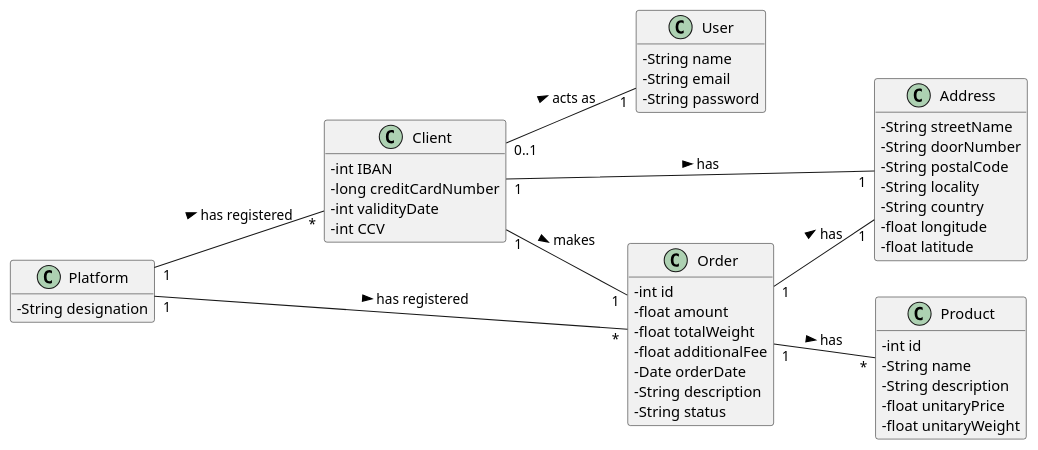
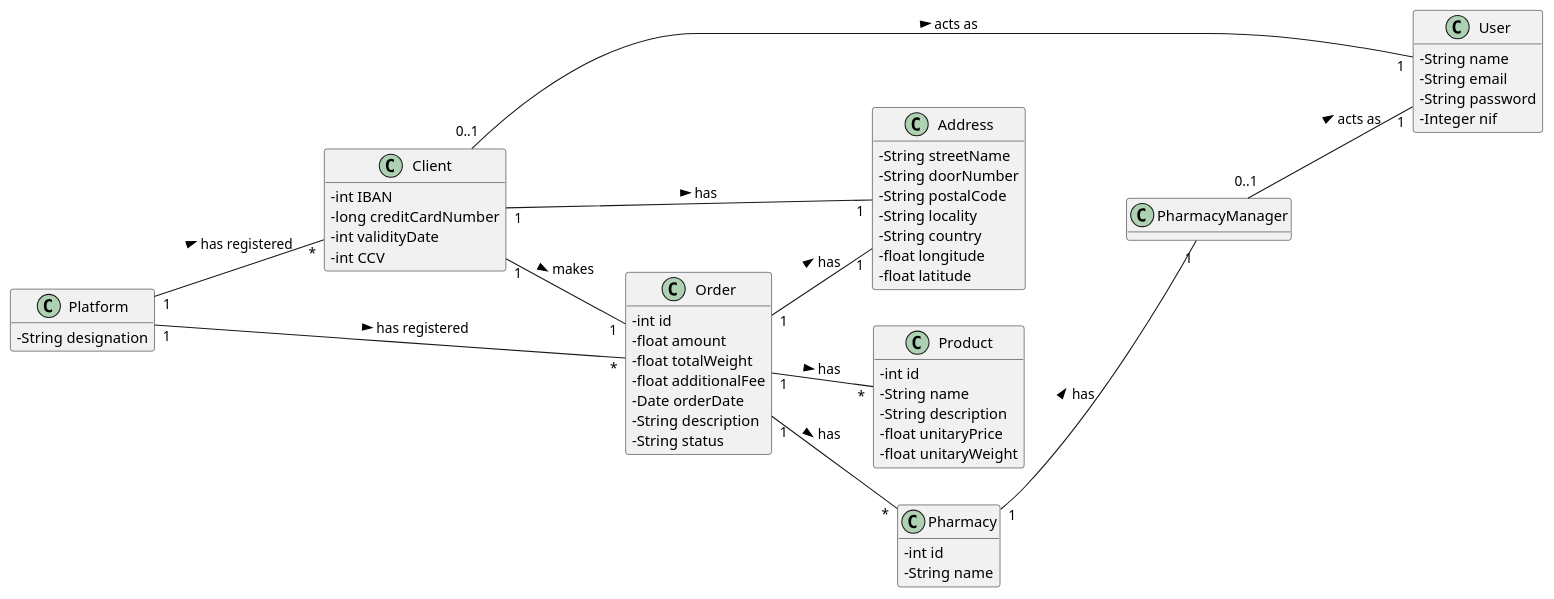
Before and after one commit to tiagoavcosta25/LAPR3: the diagram in docs/Iteration 1/Make An Order/US25_MakeAnOrder/US25_DM.puml, drawn with PlantUML. The commit also changed 13 other files, not shown here.

```diff
--- a/docs/Iteration 1/Make An Order/US25_MakeAnOrder/US25_DM.puml
+++ b/docs/Iteration 1/Make An Order/US25_MakeAnOrder/US25_DM.puml
@@ -1,57 +1,69 @@
 @startuml
 skinparam classAttributeIconSize 0
 hide methods
 left to right direction
 
 class Platform {
 -   String designation
 }
 class Client{
 -   int IBAN
 -   long creditCardNumber
 -   int validityDate
 -   int CCV
 }
 
 class User{
 -   String name
 -   String email
 -   String password
+-   Integer nif
 }
 
 class Address{
 -   String streetName
 -   String doorNumber
 -   String postalCode
 -   String locality
 -   String country
 -   float longitude
 -   float latitude
 }
 
 class Order{
 -   int id
 -   float amount
 -   float totalWeight
 -   float additionalFee
 -   Date orderDate
 -   String description
 -   String status
 }
 
 class Product{
 -   int id
 -   String name
 -   String description
 -   float unitaryPrice
 -   float unitaryWeight
 }
 
+class Pharmacy{
+-   int id
+-   String name
+}
+
+class PharmacyManager{
+}
+
 Platform "1" -- "*" Client : has registered >
 Platform "1" -- "*" Order : has registered >
 Order "1" -- "*" Product : has >
+Order "1" -- "*" Pharmacy : has >
 Client "0..1" -- "1" User: acts as >
 Client "1" -- "1" Order : makes >
 Client "1" -- "1" Address : has >
 Order "1" -- "1" Address : has >
+PharmacyManager "0..1" -- "1" User: acts as >
+Pharmacy "1" -- "1" PharmacyManager : has >
 @enduml
```
